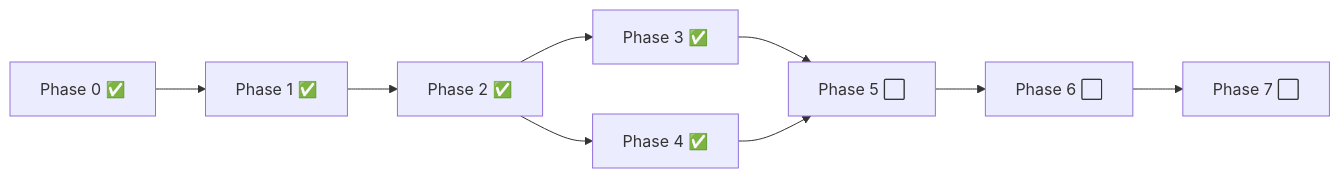
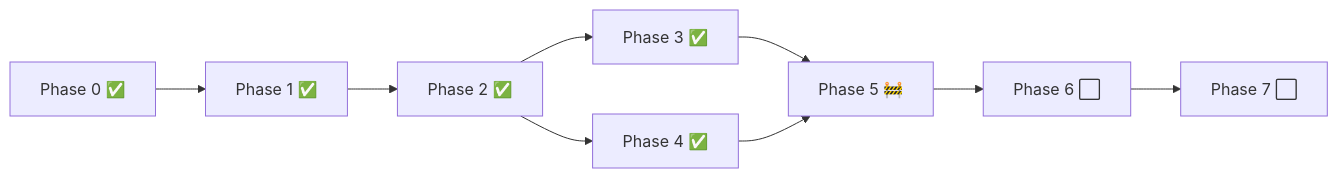
Before and after one commit to AndyUneducated/repo-sage: the second of 2 diagrams in docs/ROADMAP.md, drawn with Mermaid. The commit also changed other lines of this file and 16 other files, not shown here.

````diff
--- a/docs/ROADMAP.md
+++ b/docs/ROADMAP.md
@@ -181,11 +183,11 @@
 ```mermaid
 flowchart LR
   P0["Phase 0 ✅"] --> P1["Phase 1 ✅"]
   P1 --> P2["Phase 2 ✅"]
   P2 --> P3["Phase 3 ✅"]
   P2 --> P4["Phase 4 ✅"]
-  P3 --> P5["Phase 5 ⬜"]
+  P3 --> P5["Phase 5 🚧"]
   P4 --> P5
   P5 --> P6["Phase 6 ⬜"]
   P6 --> P7["Phase 7 ⬜"]
 ```
````
